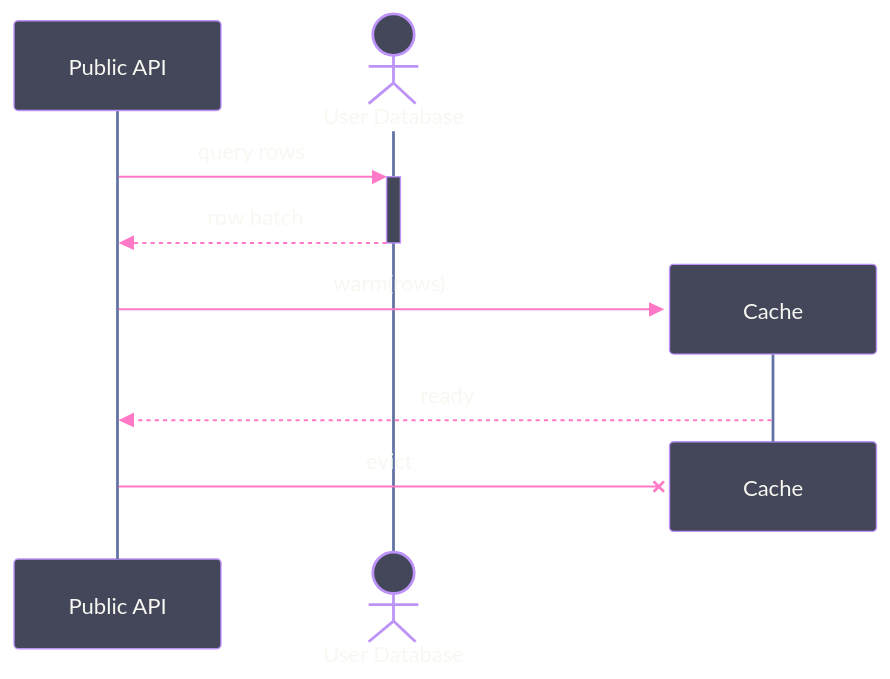
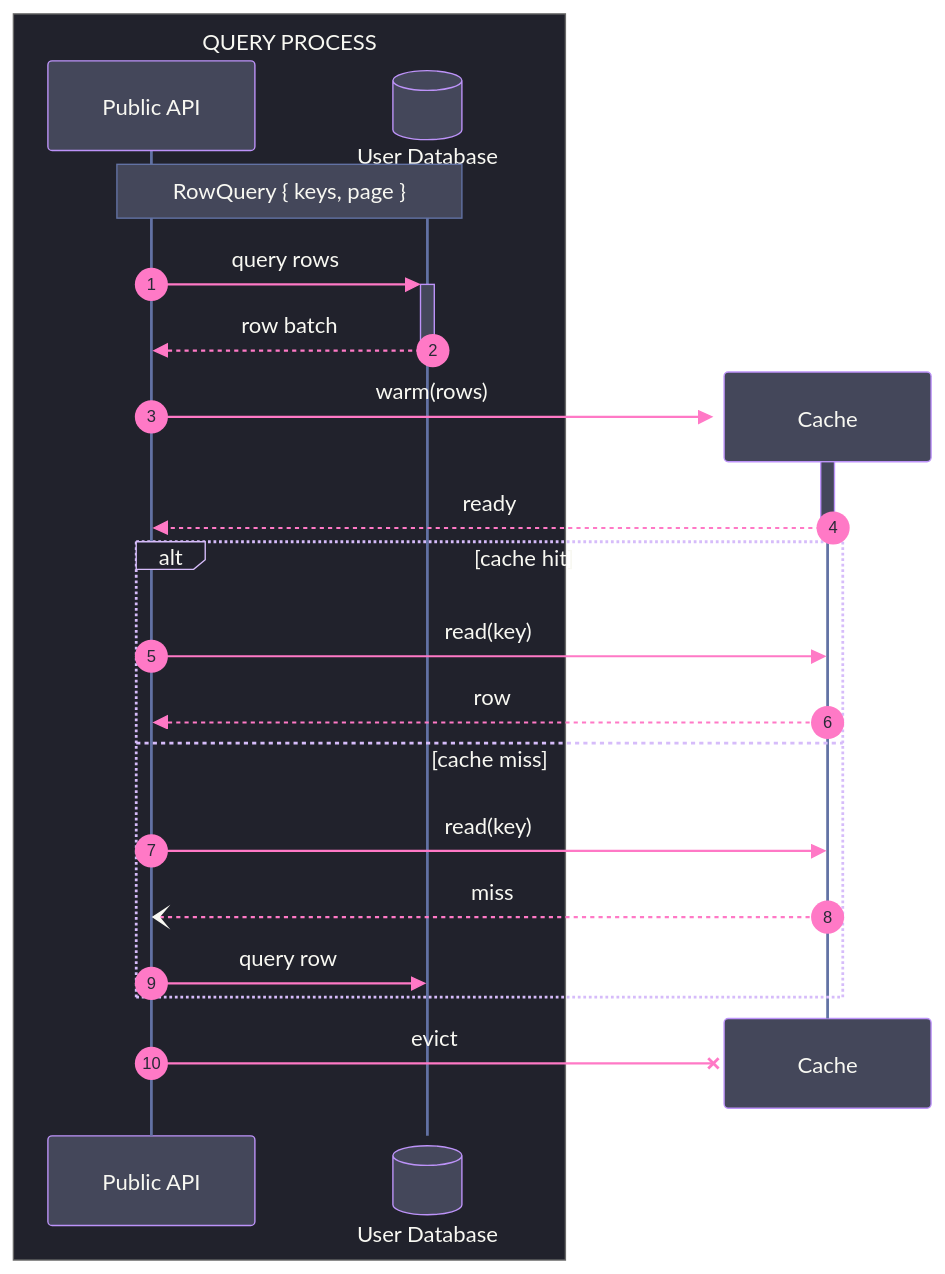
Before and after one commit to bsamiee/Rasm: the second of 5 diagrams in .claude/skills/mermaid-diagramming/references/syntax-core.md, drawn with Mermaid. The commit also changed other lines of this file and 56 other files, not shown here.

````diff
--- a/.claude/skills/mermaid-diagramming/references/syntax-core.md
+++ b/.claude/skills/mermaid-diagramming/references/syntax-core.md
@@ -71,40 +90,57 @@
 ```mermaid
 ---
 config:
   theme: base
   look: classic
   themeVariables:
     darkMode: true
     fontFamily: "SF Mono, Menlo, Cascadia Mono, Segoe UI Mono, Consolas, monospace"
     useGradient: false
     dropShadow: "none"
     background: "#282A36"
     primaryColor: "#44475A"
     primaryTextColor: "#F8F8F2"
     actorBkg: "#44475A"
     actorBorder: "#BD93F9"
     actorTextColor: "#F8F8F2"
     actorLineColor: "#6272A4"
     signalColor: "#FF79C6"
     signalTextColor: "#F8F8F2"
     messageTextColor: "#F8F8F2"
+    sequenceNumberColor: "#282A36"
     activationBkgColor: "#44475A"
     activationBorderColor: "#BD93F9"
     noteBkgColor: "#44475A"
     noteBorderColor: "#6272A4"
     noteTextColor: "#F8F8F2"
-  themeCSS: "text.actor tspan{font-size:13px;font-weight:600}.messageText{font-size:12px;font-weight:500}.noteText{font-size:12px}.loopText,.labelText{font-size:12px;font-weight:500}.messageLine0{stroke-width:2px}.messageLine1{stroke-width:1.5px;stroke-dasharray:4 6}.actor{stroke-width:1.5px}rect.actor{filter:none!important}"
+    labelBoxBkgColor: "#21222C"
+    labelBoxBorderColor: "#D6BCFA"
+    labelTextColor: "#F8F8F2"
+    loopTextColor: "#F8F8F2"
+  themeCSS: "text.actor tspan{font-size:13px;font-weight:600}.messageText{font-size:12px;font-weight:500}.noteText{font-size:12px}.loopText,.labelText{font-size:12px;font-weight:500}.messageLine0{stroke-width:2px}.messageLine1{stroke-width:1.5px;stroke-dasharray:4 6}.actor{stroke-width:1.5px}rect.actor{filter:none!important}[id$='-filled-head'] path{fill:#FF79C6;stroke:#FF79C6}[id$='TopArrowHead'] path,[id$='BottomArrowHead'] path{stroke:#FF79C6}"
 ---
 sequenceDiagram
     accTitle: Sequence lifecycle demo
-    accDescr: An API querying a user database and warming a created cache participant that is later destroyed.
-    participant API as Public API
-    actor DB as User Database
+    accDescr: An API querying a user database inside one process while warming a created cache participant that answers, misses once, and is destroyed on eviction.
+    autonumber
+    box rgb(33, 34, 44) QUERY PROCESS
+        participant API as Public API
+        participant DB@{ type: database, alias: "User Database" }
+    end
+    Note over API,DB: RowQuery { keys, page }
     API->>+DB: query rows
     DB-->>-API: row batch
     create participant Cache
-    API->>Cache: warm(rows)
-    Cache-->>API: ready
+    API->>+Cache: warm(rows)
+    Cache-->>-API: ready
+    alt cache hit
+        API->>Cache: read(key)
+        Cache-->>API: row
+    else cache miss
+        API->>Cache: read(key)
+        Cache--)API: miss
+        API->>DB: query row
+    end
     destroy Cache
     API-xCache: evict
 ```
````
